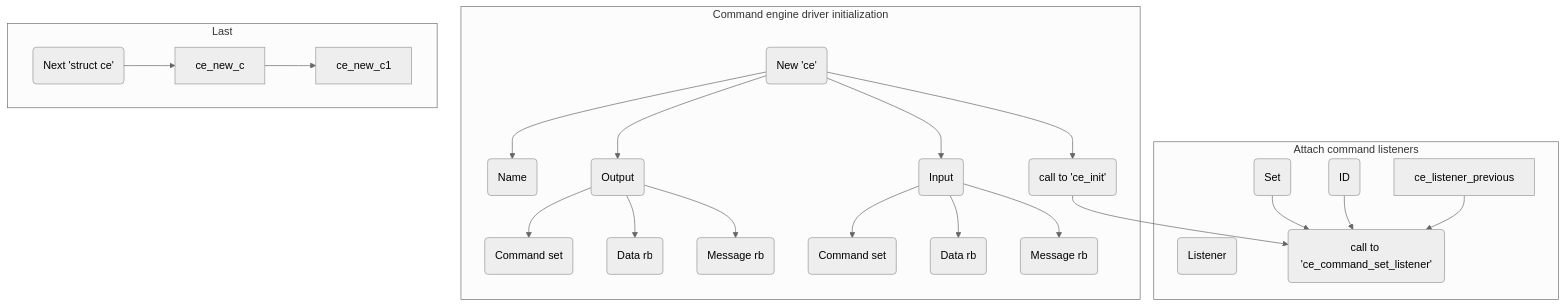
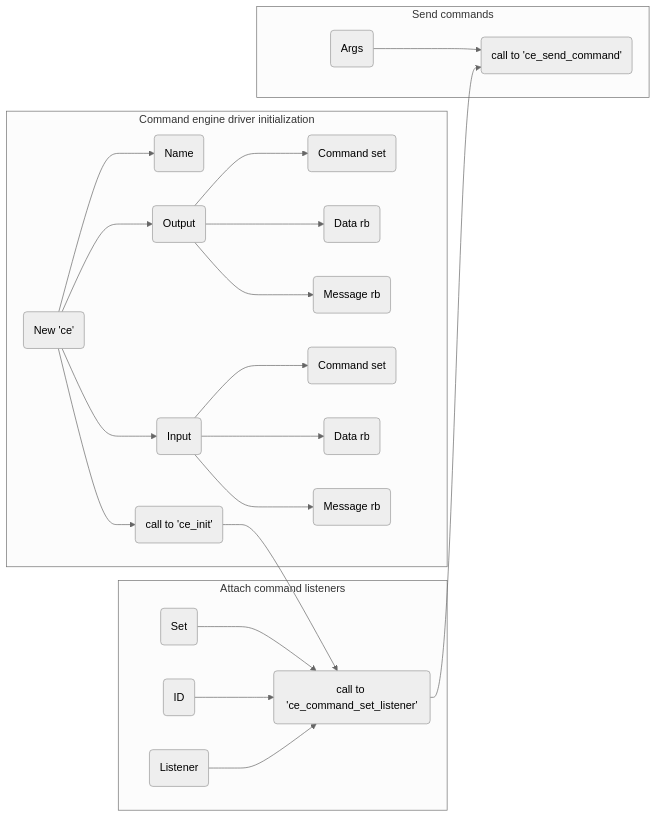
Before and after one commit to CieNTi/yacup: the second of 2 diagrams in doc/ce_command-engine.md, drawn with Mermaid (neutral theme). The commit also changed 2 other files, not shown here.

Commit message:
Full fire-and-forget test ... 'ce' is now a working functional unit

````diff
--- a/doc/ce_command-engine.md
+++ b/doc/ce_command-engine.md
@@ -22,30 +22,30 @@
 ```mermaid
-graph TB
+graph LR
     subgraph "Command engine driver initialization"
     	ce_new(New 'ce')
     	ce_new --> ce_new_name(Name)
     	ce_new --> ce_new_out_channel(Output)
     	ce_new_out_channel --> ce_new_out_channel_cmd_set(Command set)
     	ce_new_out_channel --> ce_new_out_channel_cmd_data(Data rb)
     	ce_new_out_channel --> ce_new_out_channel_cmd_buffer(Message rb)
     	ce_new --> ce_new_in_channel(Input)
     	ce_new_in_channel --> ce_new_in_channel_cmd_set(Command set)
     	ce_new_in_channel --> ce_new_in_channel_cmd_data(Data rb)
     	ce_new_in_channel --> ce_new_in_channel_cmd_buffer(Message rb)
     	ce_new --> ce_init_call(call to 'ce_init')
     end
     subgraph "Attach command listeners"
         ce_listener_previous_set(Set)
         ce_listener_previous_cmd(ID)
         ce_listener_previous_listener(Listener)
         ce_listener_previous_set --> ce_set_listener_call(call to 'ce_command_set_listener')
         ce_listener_previous_cmd --> ce_set_listener_call
-    	ce_listener_previous --> ce_set_listener_call
+    	ce_listener_previous_listener --> ce_set_listener_call
     end
-    subgraph "Last"
-    	ce_last(Next 'struct ce')
-		ce_last --> ce_new_c
-		ce_new_c --> ce_new_c1
+    subgraph "Send commands"
+        ce_send_previous_args(Args)
+    	ce_send_previous_args --> ce_send(call to 'ce_send_command')
     end
-ce_init_call --> ce_set_listener_call
+    ce_init_call --> ce_set_listener_call
+    ce_set_listener_call --> ce_send
 ```
````
